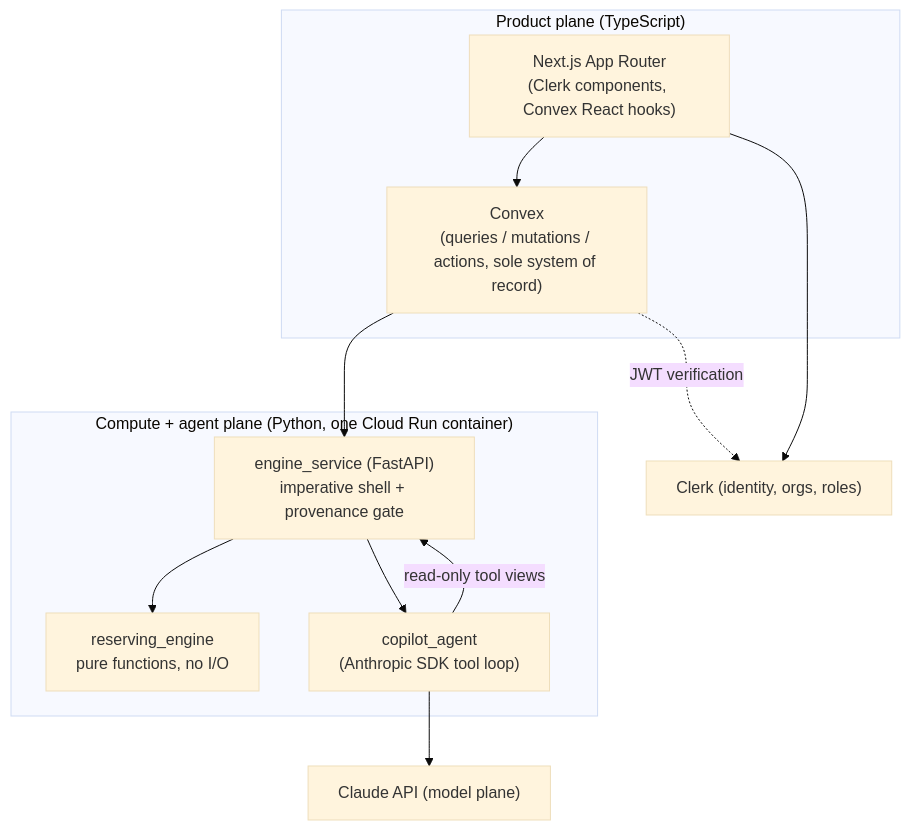
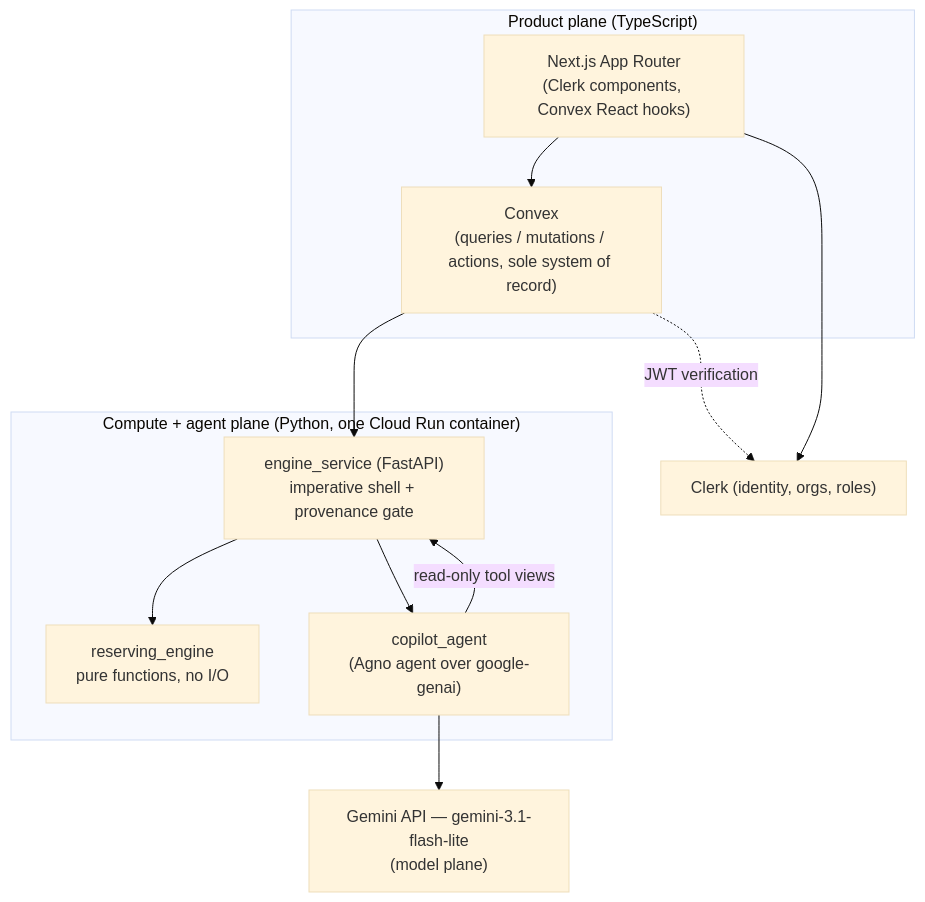
Before and after one commit to RohanYashraj/agentic-reserving: the first of 2 diagrams in _bmad-output/planning-artifacts/architecture/architecture-agentic-reserving-2026-07-16/ARCHITECTURE-SPINE.md, drawn with Mermaid (base theme). The commit also changed other lines of this file and 4 other files, not shown here.

````diff
--- a/_bmad-output/planning-artifacts/architecture/architecture-agentic-reserving-2026-07-16/ARCHITECTURE-SPINE.md
+++ b/_bmad-output/planning-artifacts/architecture/architecture-agentic-reserving-2026-07-16/ARCHITECTURE-SPINE.md
@@ -25,23 +25,23 @@
 ```mermaid
 graph TD
     subgraph "Product plane (TypeScript)"
         FE["Next.js App Router<br/>(Clerk components, Convex React hooks)"]
         CVX["Convex<br/>(queries / mutations / actions, sole system of record)"]
     end
     subgraph "Compute + agent plane (Python, one Cloud Run container)"
         SVC["engine_service (FastAPI)<br/>imperative shell + provenance gate"]
-        AGENT["copilot_agent<br/>(Anthropic SDK tool loop)"]
+        AGENT["copilot_agent<br/>(Agno agent over google-genai)"]
         ENG["reserving_engine<br/>pure functions, no I/O"]
     end
-    LLM["Claude API (model plane)"]
+    LLM["Gemini API — gemini-3.1-flash-lite<br/>(model plane)"]
     CLERK["Clerk (identity, orgs, roles)"]
 
     FE --> CVX
     FE --> CLERK
     CVX --> SVC
     SVC --> ENG
     SVC --> AGENT
     AGENT --> LLM
     AGENT -->|"read-only tool views"| SVC
     CVX -.->|"JWT verification"| CLERK
 ```
````
